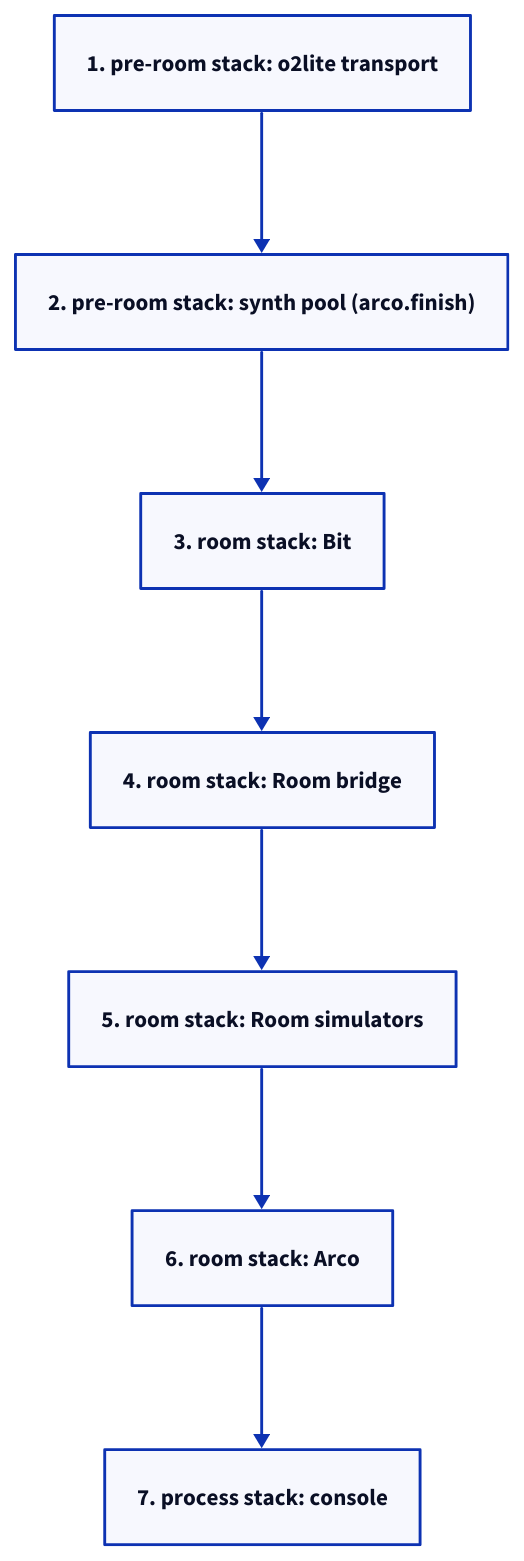
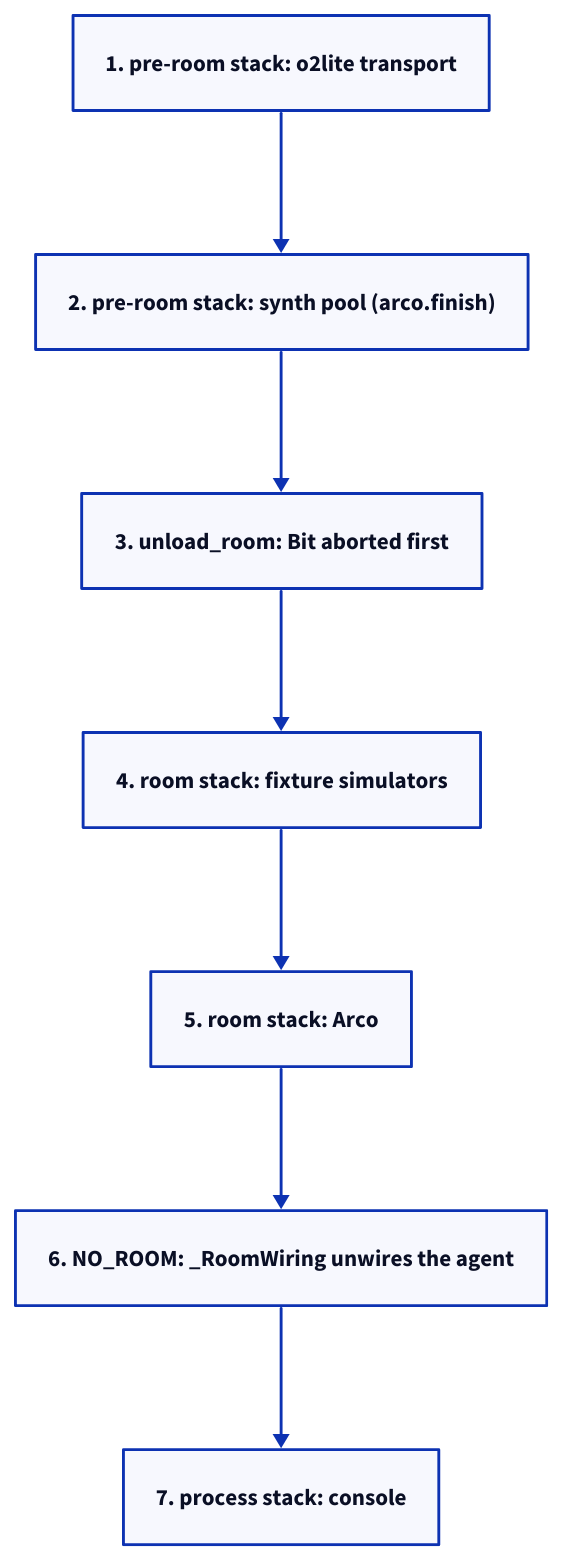
Before and after one commit to Musical-Mycology/mm-terrarium: the diagram in docs/diagrams/boot-teardown.d2, drawn with D2. The commit also changed 11 other files, not shown here.

First line of the commit message:
docs(diagrams): bring cue-path, boot-teardown and light-path up to date with the code

```diff
--- a/docs/diagrams/boot-teardown.d2
+++ b/docs/diagrams/boot-teardown.d2
@@ -1,10 +1,10 @@
 direction: down
 
 p1: "1. pre-room stack: o2lite transport"
 p2: "2. pre-room stack: synth pool (arco.finish)"
-p3: "3. room stack: Bit"
-p4: "4. room stack: Room bridge"
-p5: "5. room stack: Room simulators"
-p6: "6. room stack: Arco"
+p3: "3. unload_room: Bit aborted first"
+p4: "4. room stack: fixture simulators"
+p5: "5. room stack: Arco"
+p6: "6. NO_ROOM: _RoomWiring unwires the agent"
 p7: "7. process stack: console"
 p1 -> p2 -> p3 -> p4 -> p5 -> p6 -> p7
```
